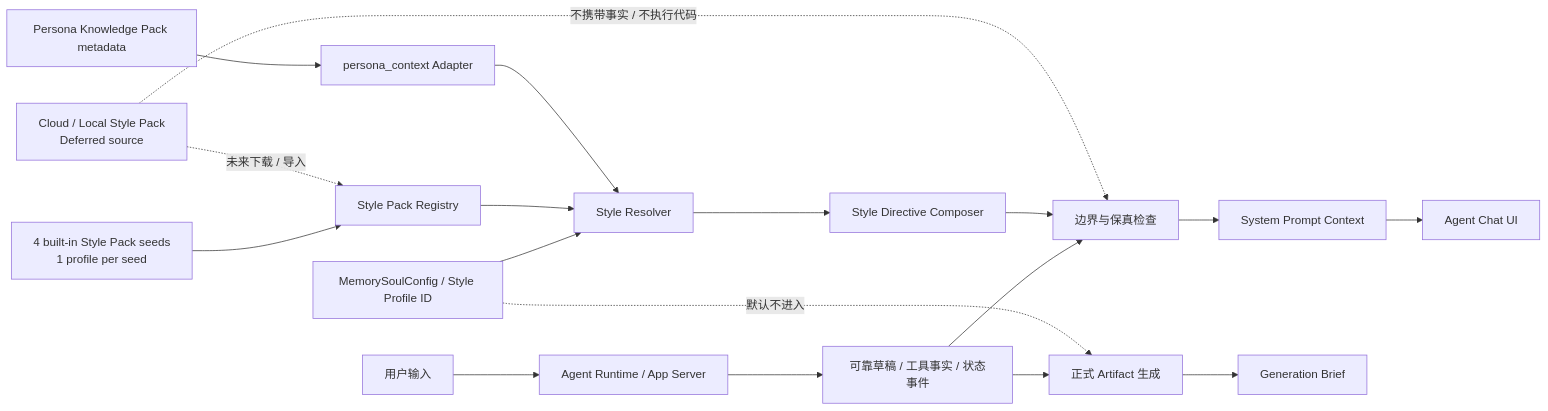
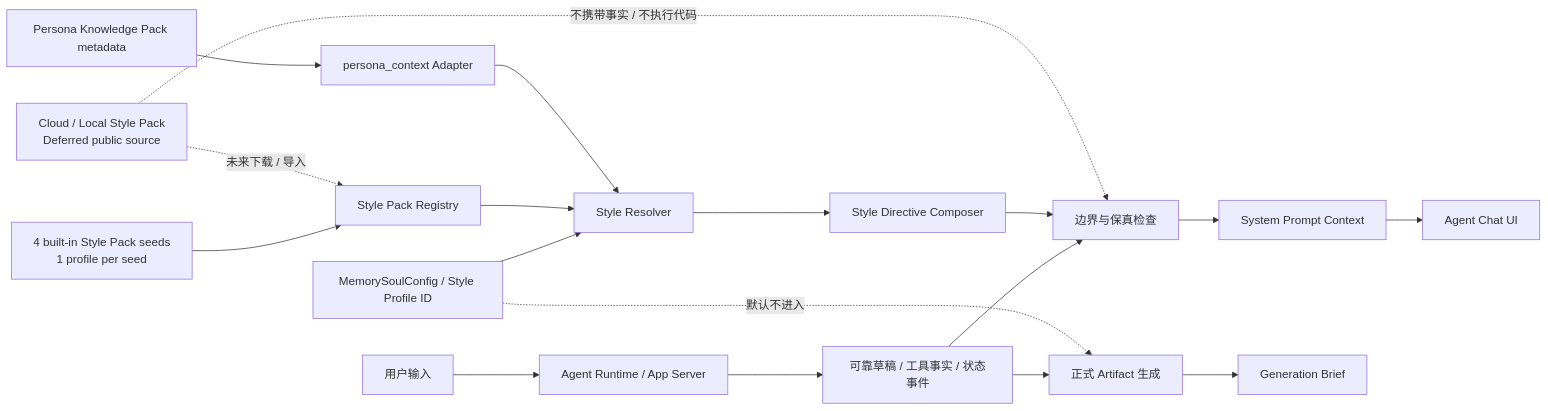
The first of 3 diagrams in internal/roadmap/soul/personal-style-profiles.md (jiujuan/lime), drawn with Mermaid before and after one commit. The commit also changed other lines of this file and 447 other files, not shown here.

````diff
--- a/internal/roadmap/soul/personal-style-profiles.md
+++ b/internal/roadmap/soul/personal-style-profiles.md
@@ -400,20 +405,20 @@
 ```mermaid
 flowchart LR
   User[用户输入] --> Runtime[Agent Runtime / App Server]
   Runtime --> Facts[可靠草稿 / 工具事实 / 状态事件]
   Config[MemorySoulConfig / Style Profile ID] --> Resolver[Style Resolver]
   BuiltInPack[4 built-in Style Pack seeds\n1 profile per seed] --> Registry[Style Pack Registry]
-  CloudPack[Cloud / Local Style Pack\nDeferred source] -. 未来下载 / 导入 .-> Registry
+  CloudPack[Cloud / Local Style Pack\nDeferred public source] -. 未来下载 / 导入 .-> Registry
   Registry --> Resolver
   Persona[Persona Knowledge Pack metadata] --> Adapter[persona_context Adapter]
   Adapter --> Resolver
   Resolver --> Composer[Style Directive Composer]
   Facts --> Guard[边界与保真检查]
   Composer --> Guard
   Guard --> Prompt[System Prompt Context]
   Prompt --> UI[Agent Chat UI]
   Facts --> Artifact[正式 Artifact 生成]
   Artifact --> Brief[Generation Brief]
   Config -. 默认不进入 .-> Artifact
   CloudPack -. 不携带事实 / 不执行代码 .-> Guard
 ```
````
